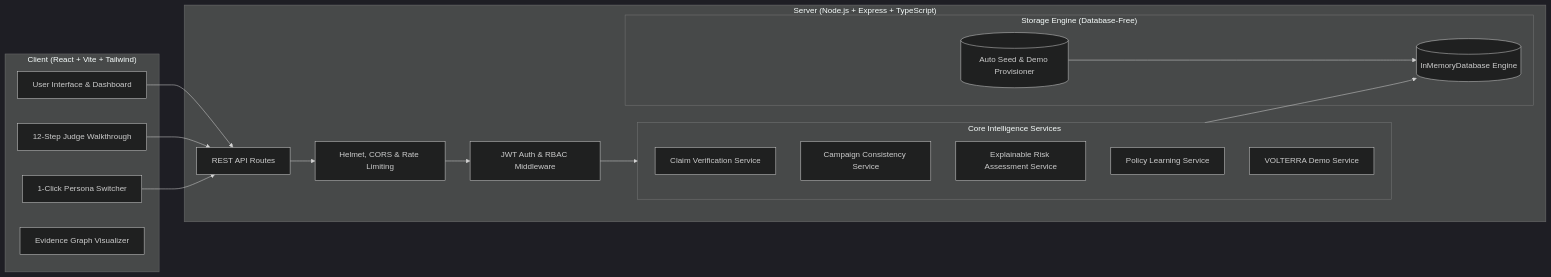
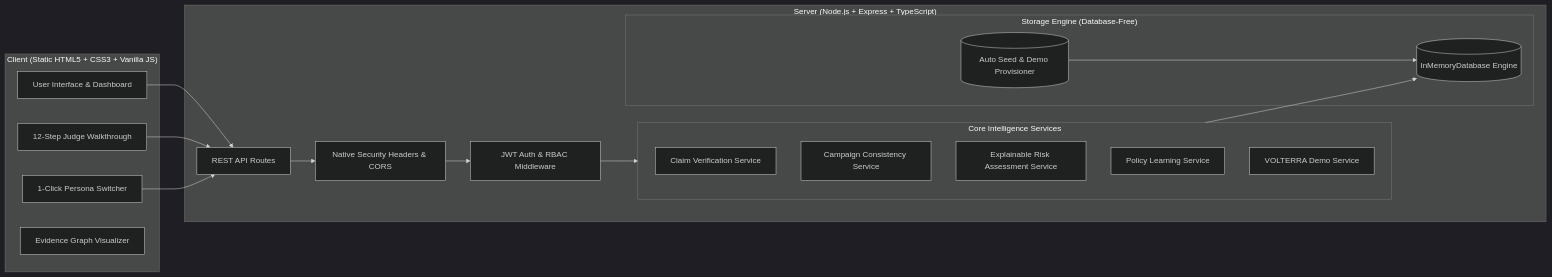
The second of 2 diagrams in README.md (prateek9126/Inkloom-Guardian), drawn with Mermaid (dark theme) before and after one commit. The commit also changed other lines of this file and 72 other files, not shown here.

Commit message:
feat: migrate frontend to static HTML/CSS/vanilla JS, remove helmet & express-rate-limit, simplify deployment

````diff
--- a/README.md
+++ b/README.md
@@ -160,36 +159,36 @@
 ```mermaid
 graph LR
-    subgraph Client ["Client (React + Vite + Tailwind)"]
+    subgraph Client ["Client (Static HTML5 + CSS3 + Vanilla JS)"]
         UI[User Interface & Dashboard]
         Tour[12-Step Judge Walkthrough]
         Switcher[1-Click Persona Switcher]
         GraphView[Evidence Graph Visualizer]
     end
 
     subgraph Server ["Server (Node.js + Express + TypeScript)"]
         Router[REST API Routes]
         AuthMW[JWT Auth & RBAC Middleware]
-        SecMW[Helmet, CORS & Rate Limiting]
+        SecMW[Native Security Headers & CORS]
         
         subgraph Services ["Core Intelligence Services"]
             ClaimSvc[Claim Verification Service]
             CompSvc[Campaign Consistency Service]
             RiskSvc[Explainable Risk Assessment Service]
             PolicySvc[Policy Learning Service]
             DemoSvc[VOLTERRA Demo Service]
         end
         
         subgraph Engine ["Storage Engine (Database-Free)"]
             MemDB[(InMemoryDatabase Engine)]
             Seed[(Auto Seed & Demo Provisioner)]
         end
     end
 
     UI --> Router
     Tour --> Router
     Switcher --> Router
     Router --> SecMW --> AuthMW
     AuthMW --> Services
     Services --> MemDB
     Seed --> MemDB
 ```
````
